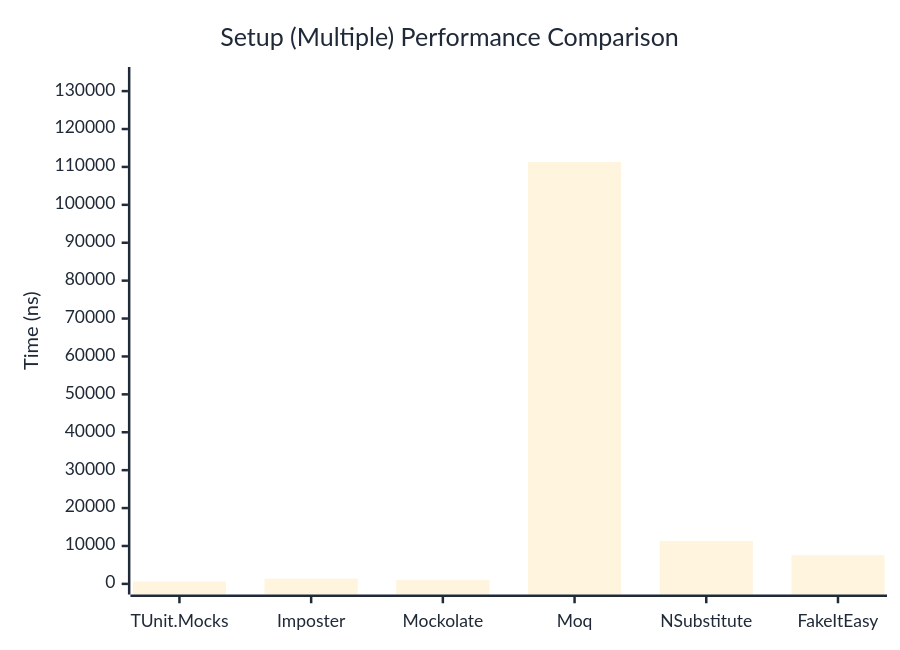
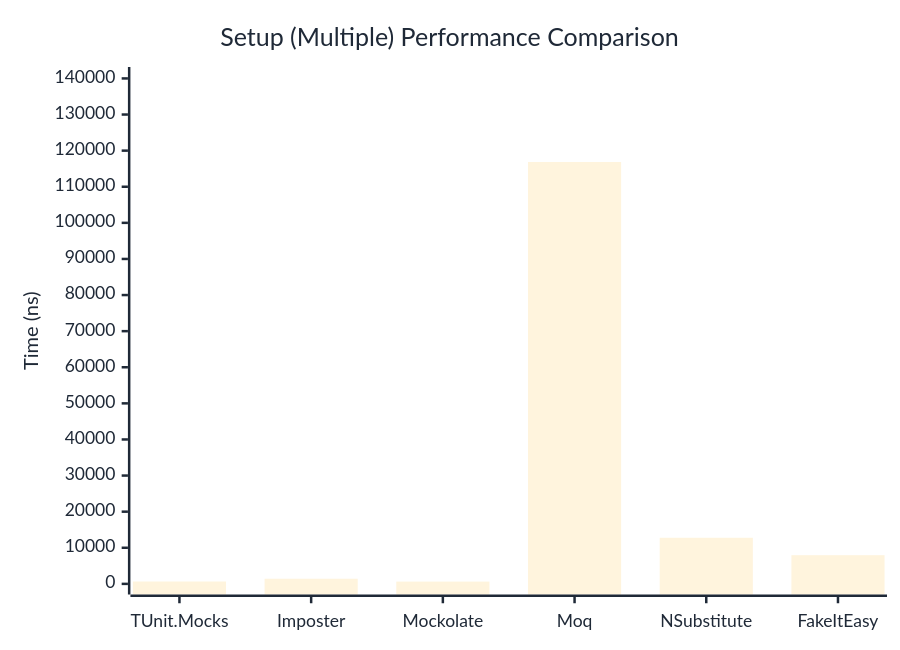
One commit to weiyilai/TUnit changed the second of 2 diagrams in docs/docs/benchmarks/mocks/Setup.md. Above: the diagram before and after it, drawn with Mermaid. The commit also changed other lines of this file and 14 other files, not shown here.

````diff
--- a/docs/docs/benchmarks/mocks/Setup.md
+++ b/docs/docs/benchmarks/mocks/Setup.md
@@ -69,27 +69,27 @@
 ```mermaid
 %%{init: {
   'theme':'base',
   'themeVariables': {
     'primaryColor': '#2563eb',
     'primaryTextColor': '#1f2937',
     'primaryBorderColor': '#1e40af',
     'lineColor': '#6b7280',
     'secondaryColor': '#7c3aed',
     'tertiaryColor': '#dc2626',
     'background': '#ffffff',
     'pie1': '#2563eb',
     'pie2': '#7c3aed',
     'pie3': '#dc2626',
     'pie4': '#f59e0b',
     'pie5': '#10b981',
     'pie6': '#06b6d4',
     'pie7': '#ec4899',
     'pie8': '#6366f1'
   }
 }}%%
 xychart-beta
   title "Setup (Multiple) Performance Comparison"
   x-axis ["TUnit.Mocks", "Imposter", "Mockolate", "Moq", "NSubstitute", "FakeItEasy"]
-  y-axis "Time (ns)" 0 --> 133559
-  bar [582.3, 1352.6, 1003.1, 111298.8, 11323.2, 7582.1]
+  y-axis "Time (ns)" 0 --> 140224
+  bar [654.5, 1420.9, 631.3, 116852.6, 12773.1, 7948.2]
 ```
````
